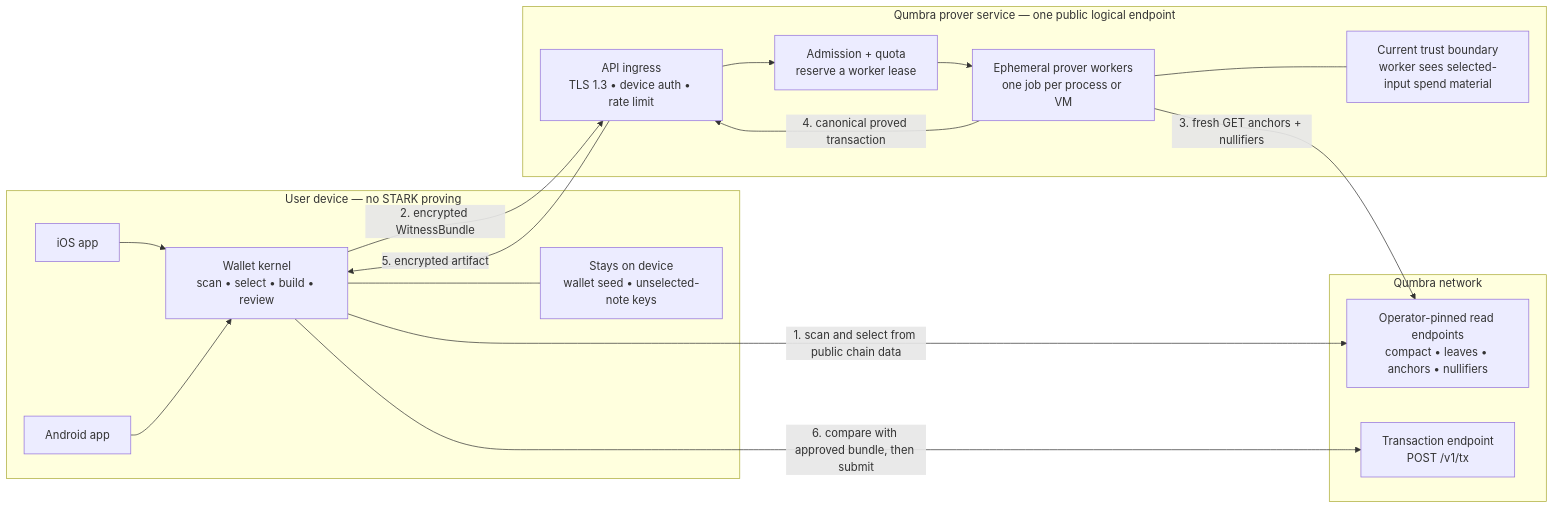
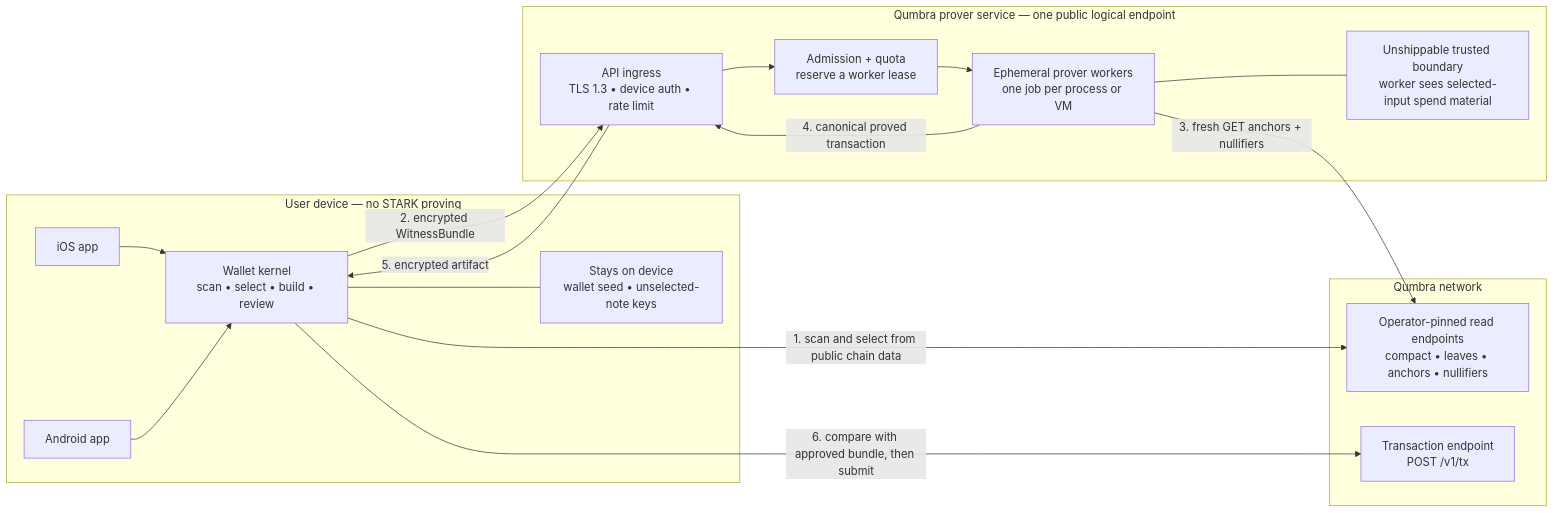
Before and after one commit to qumbra-labs/qumbra-lab: the diagram in docs/backend-assisted-proving-security.md, drawn with Mermaid. The commit also changed other lines of this file and 3 other files, not shown here.

````diff
--- a/docs/backend-assisted-proving-security.md
+++ b/docs/backend-assisted-proving-security.md
@@ -98,33 +110,33 @@
 ```mermaid
 flowchart LR
     subgraph DEVICE["User device — no STARK proving"]
         IOS["iOS app"]
         ANDROID["Android app"]
         KERNEL["Wallet kernel<br/>scan • select • build • review"]
         LOCAL["Stays on device<br/>wallet seed • unselected-note keys"]
         IOS --> KERNEL
         ANDROID --> KERNEL
         KERNEL --- LOCAL
     end
 
     subgraph SERVICE["Qumbra prover service — one public logical endpoint"]
         INGRESS["API ingress<br/>TLS 1.3 • device auth • rate limit"]
         ADMISSION["Admission + quota<br/>reserve a worker lease"]
         WORKERS["Ephemeral prover workers<br/>one job per process or VM"]
-        RISK["Current trust boundary<br/>worker sees selected-input spend material"]
+        RISK["Unshippable trusted boundary<br/>worker sees selected-input spend material"]
         INGRESS --> ADMISSION --> WORKERS
         WORKERS --- RISK
     end
 
     subgraph NETWORK["Qumbra network"]
         READ["Operator-pinned read endpoints<br/>compact • leaves • anchors • nullifiers"]
         SUBMIT["Transaction endpoint<br/>POST /v1/tx"]
     end
 
     KERNEL -->|"1. scan and select from public chain data"| READ
     KERNEL -->|"2. encrypted WitnessBundle"| INGRESS
     WORKERS -->|"3. fresh GET anchors + nullifiers"| READ
     WORKERS -->|"4. canonical proved transaction"| INGRESS
     INGRESS -->|"5. encrypted artifact"| KERNEL
     KERNEL -->|"6. compare with approved bundle, then submit"| SUBMIT
 ```
````
